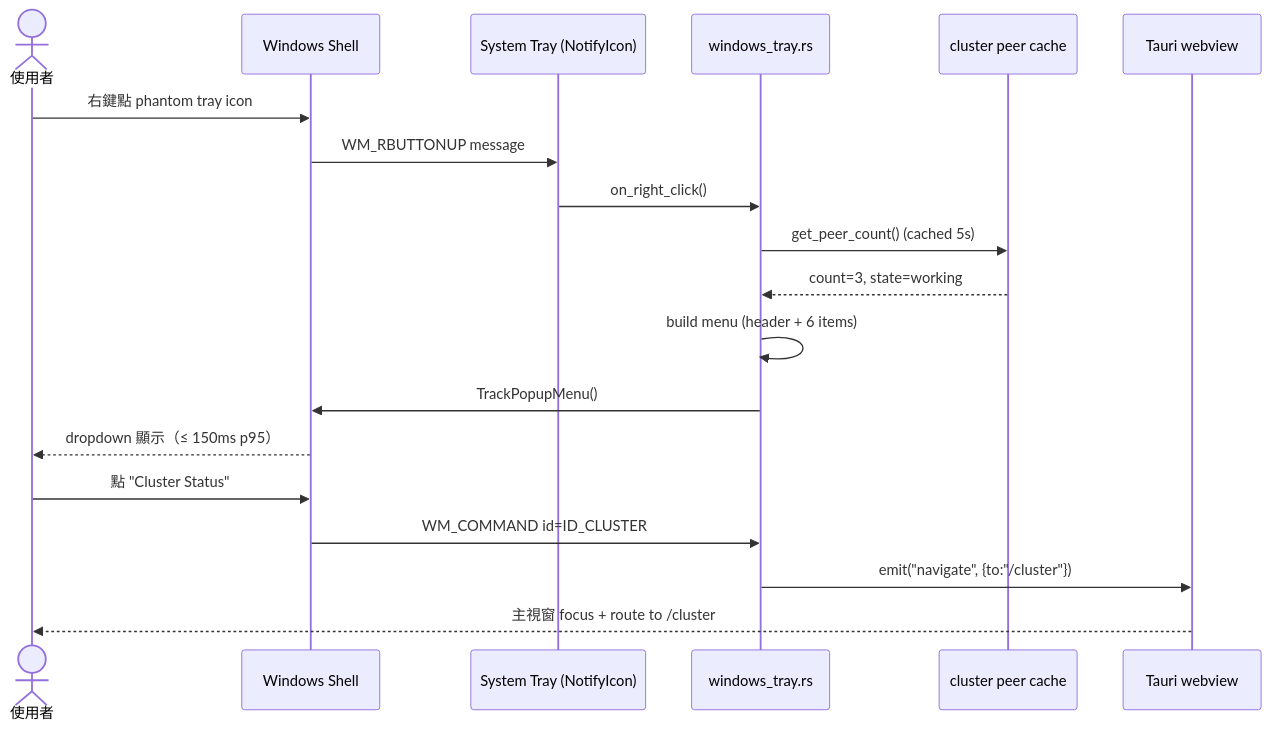
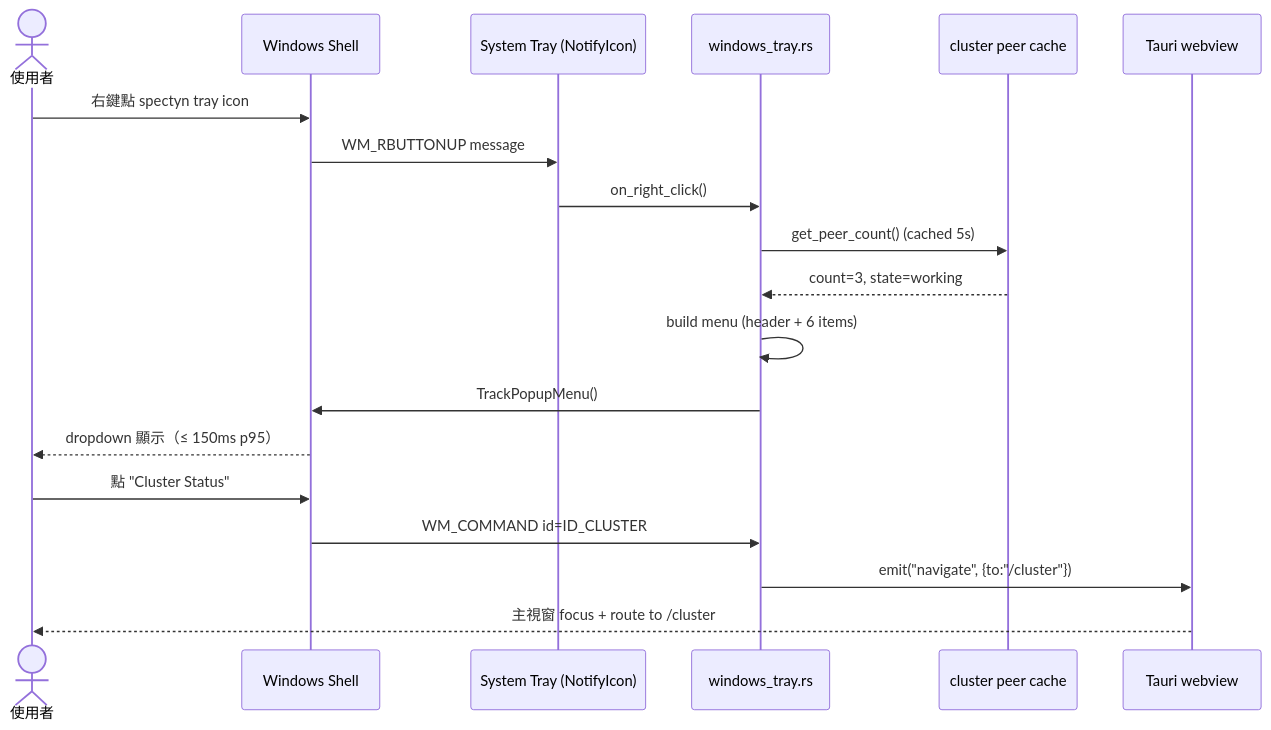
One commit to markl-a/phantom-mesh changed the second of 7 diagrams in docs/spec/history/2026-05-30/deferred/SPEC-43-PLATFORM-Windows-screens-flows.md. Above: the diagram before and after it, drawn with Mermaid. The commit also changed other lines of this file and 1245 other files, not shown here.

First line of the commit message:
rename: phantom -> spectyn across the public tree

````diff
--- a/docs/spec/history/2026-05-30/deferred/SPEC-43-PLATFORM-Windows-screens-flows.md
+++ b/docs/spec/history/2026-05-30/deferred/SPEC-43-PLATFORM-Windows-screens-flows.md
@@ -275,22 +275,22 @@
 ```mermaid
 sequenceDiagram
     actor User as 使用者
     participant Shell as Windows Shell
     participant Tray as System Tray (NotifyIcon)
     participant TrayMod as windows_tray.rs
     participant ClusterCache as cluster peer cache
     participant Tauri as Tauri webview
 
-    User->>Shell: 右鍵點 phantom tray icon
+    User->>Shell: 右鍵點 spectyn tray icon
     Shell->>Tray: WM_RBUTTONUP message
     Tray->>TrayMod: on_right_click()
     TrayMod->>ClusterCache: get_peer_count() (cached 5s)
     ClusterCache-->>TrayMod: count=3, state=working
     TrayMod->>TrayMod: build menu (header + 6 items)
     TrayMod->>Shell: TrackPopupMenu()
     Shell-->>User: dropdown 顯示（≤ 150ms p95）
     User->>Shell: 點 "Cluster Status"
     Shell->>TrayMod: WM_COMMAND id=ID_CLUSTER
     TrayMod->>Tauri: emit("navigate", {to:"/cluster"})
     Tauri-->>User: 主視窗 focus + route to /cluster
 ```
````
